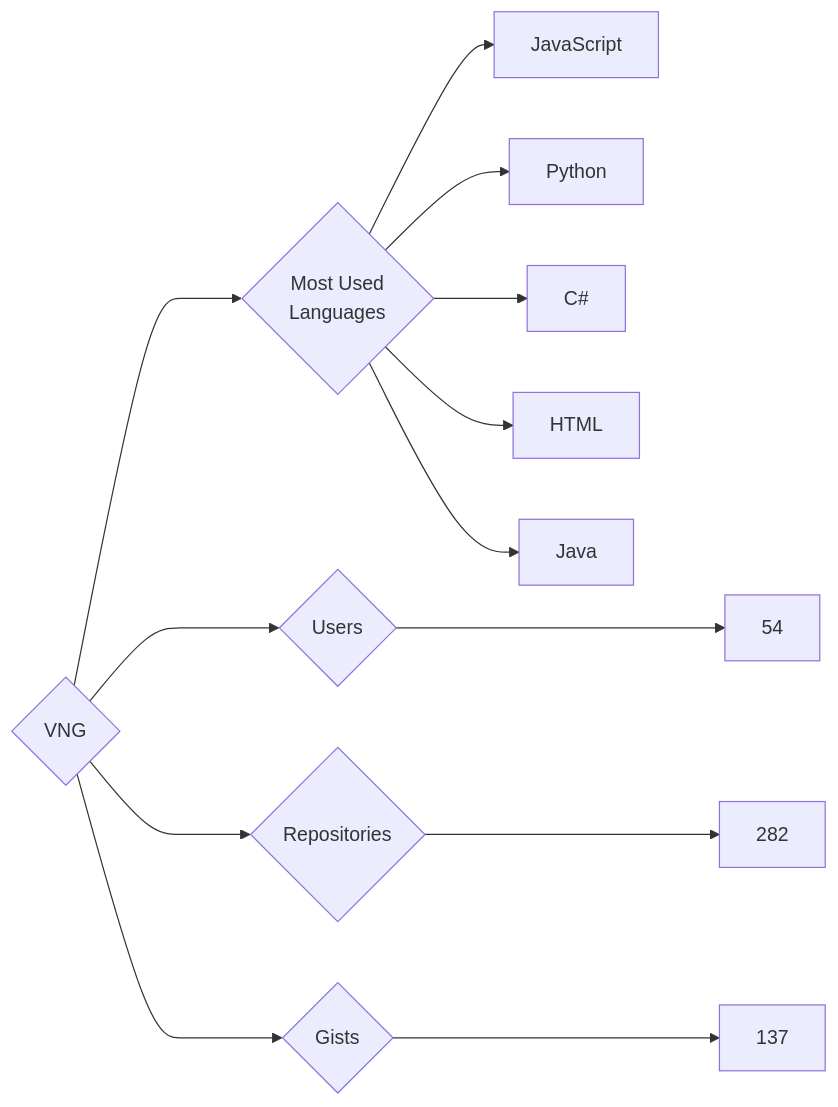
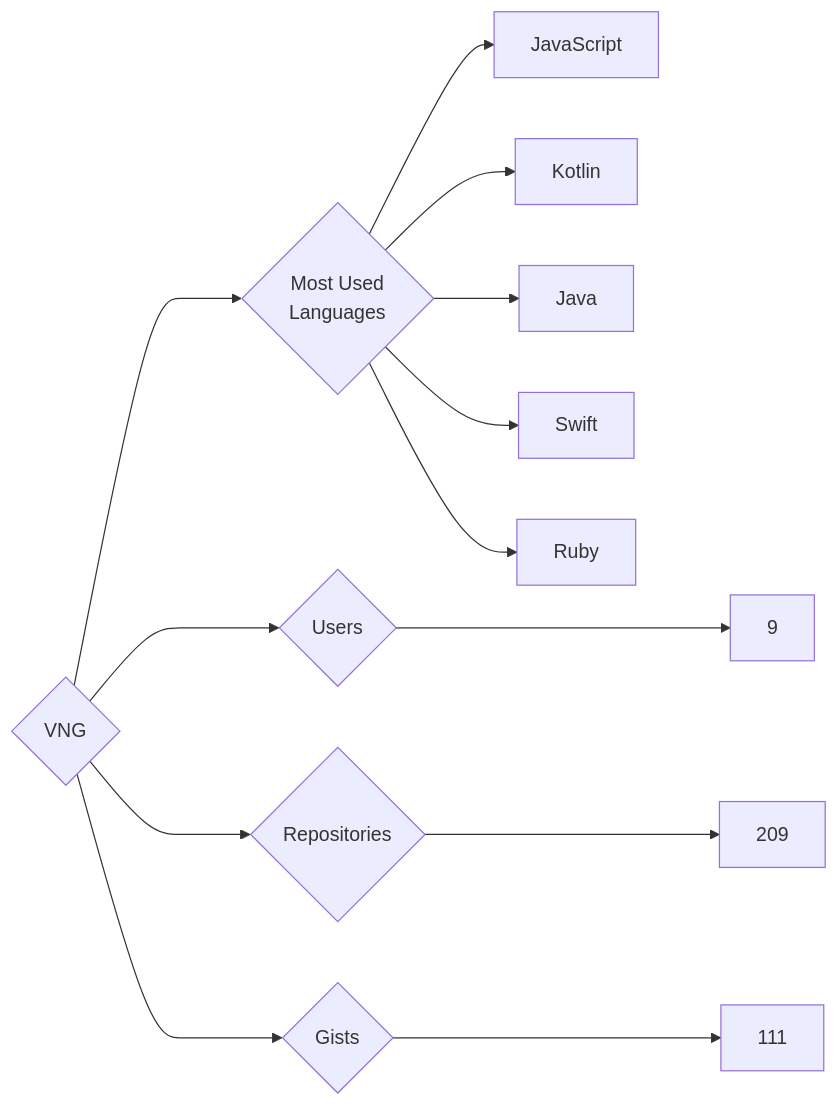
The diagram in targets/VNG/README.md (trickest/insiders), drawn with Mermaid before and after one commit. The commit also changed 953 other files, not shown here.

````diff
--- a/targets/VNG/README.md
+++ b/targets/VNG/README.md
@@ -3,13 +3,13 @@
 ```mermaid
 graph LR
 COMPANY_NAME{VNG}
-COMPANY_NAME ---> U{Users} ---> UN[54]
-COMPANY_NAME ---> R{Repositories} ---> RN[282]
-COMPANY_NAME ---> G{Gists} ---> GN[137]
+COMPANY_NAME ---> U{Users} ---> UN[9]
+COMPANY_NAME ---> R{Repositories} ---> RN[209]
+COMPANY_NAME ---> G{Gists} ---> GN[111]
 COMPANY_NAME ---> ML{Most Used<br>Languages}
 ML --> JavaScript[JavaScript]
-ML --> Python[Python]
-ML --> C#[C#]
-ML --> HTML[HTML]
+ML --> Kotlin[Kotlin]
 ML --> Java[Java]
+ML --> Swift[Swift]
+ML --> Ruby[Ruby]
 ```
````
